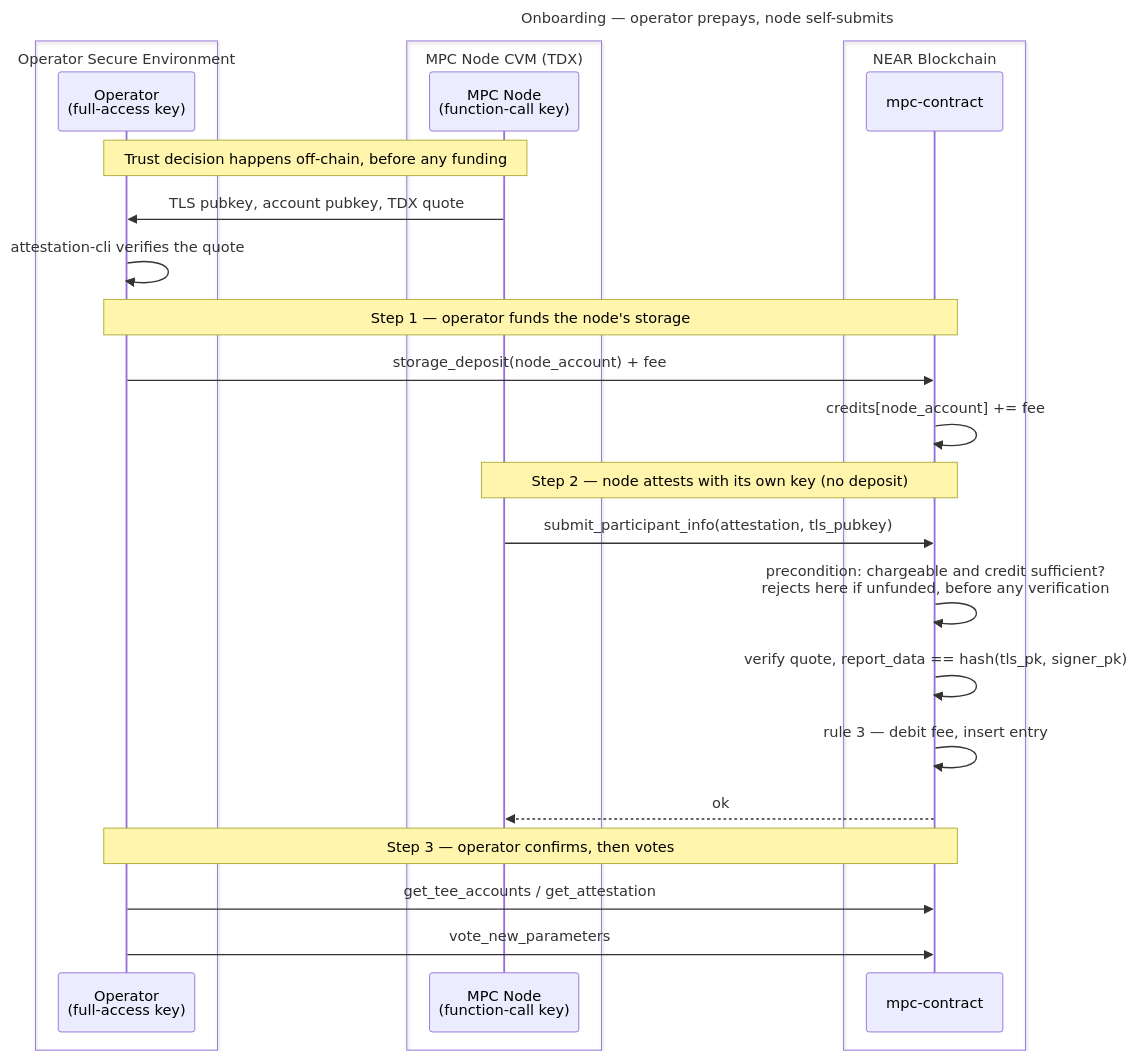
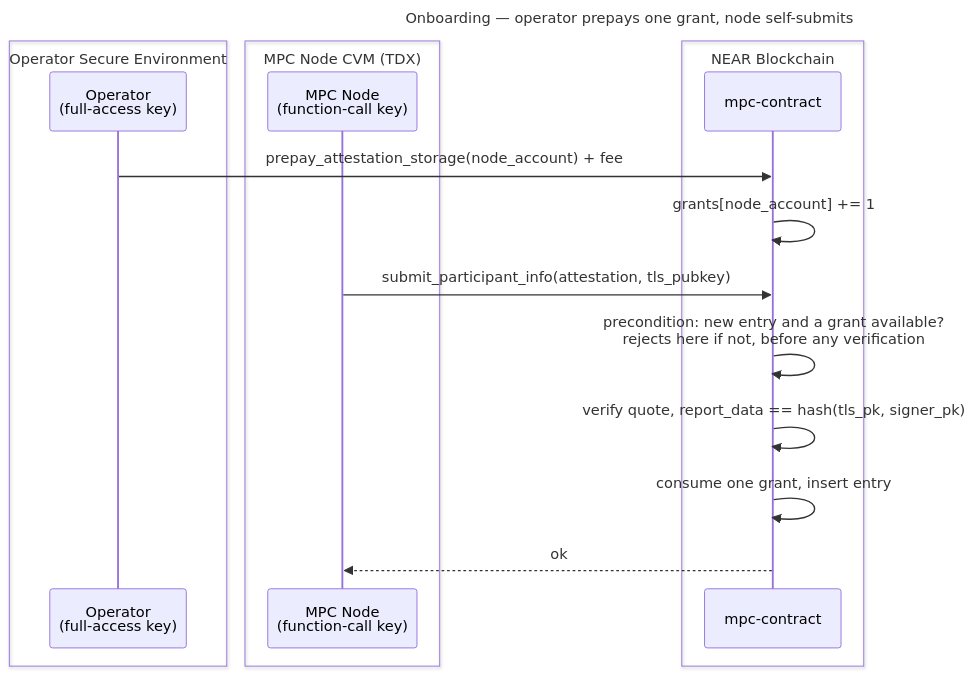
Before and after one commit to near/mpc: the diagram in docs/design/operator-prepaid-attestation-storage.md, drawn with Mermaid. The commit also changed other lines of this file, not shown here.

````diff
--- a/docs/design/operator-prepaid-attestation-storage.md
+++ b/docs/design/operator-prepaid-attestation-storage.md
@@ -94,34 +85,24 @@
 ```mermaid
 ---
-title: Onboarding — operator prepays, node self-submits
+title: Onboarding — operator prepays one grant, node self-submits
 ---
 sequenceDiagram
     box Operator Secure Environment
         participant OP as Operator<br/>(full-access key)
     end
     box MPC Node CVM (TDX)
         participant NODE as MPC Node<br/>(function-call key)
     end
     box NEAR Blockchain
         participant BC as mpc-contract
     end
 
-    Note over OP,NODE: Trust decision happens off-chain, before any funding
-    NODE ->> OP: TLS pubkey, account pubkey, TDX quote
-    OP ->> OP: attestation-cli verifies the quote
+    OP ->> BC: prepay_attestation_storage(node_account) + fee
+    BC ->> BC: grants[node_account] += 1
 
-    Note over OP,BC: Step 1 — operator funds the node's storage
-    OP ->> BC: storage_deposit(node_account) + fee
-    BC ->> BC: credits[node_account] += fee
-
-    Note over NODE,BC: Step 2 — node attests with its own key (no deposit)
     NODE ->> BC: submit_participant_info(attestation, tls_pubkey)
-    BC ->> BC: precondition: chargeable and credit sufficient?<br/>rejects here if unfunded, before any verification
+    BC ->> BC: precondition: new entry and a grant available?<br/>rejects here if not, before any verification
     BC ->> BC: verify quote, report_data == hash(tls_pk, signer_pk)
-    BC ->> BC: rule 3 — debit fee, insert entry
+    BC ->> BC: consume one grant, insert entry
     BC -->> NODE: ok
-
-    Note over OP,BC: Step 3 — operator confirms, then votes
-    OP ->> BC: get_tee_accounts / get_attestation
-    OP ->> BC: vote_new_parameters
 ```
````
